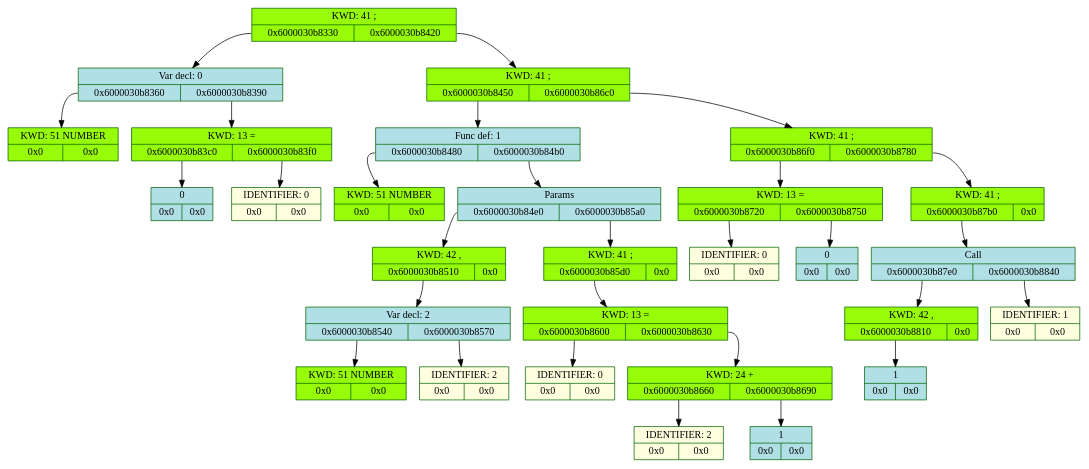
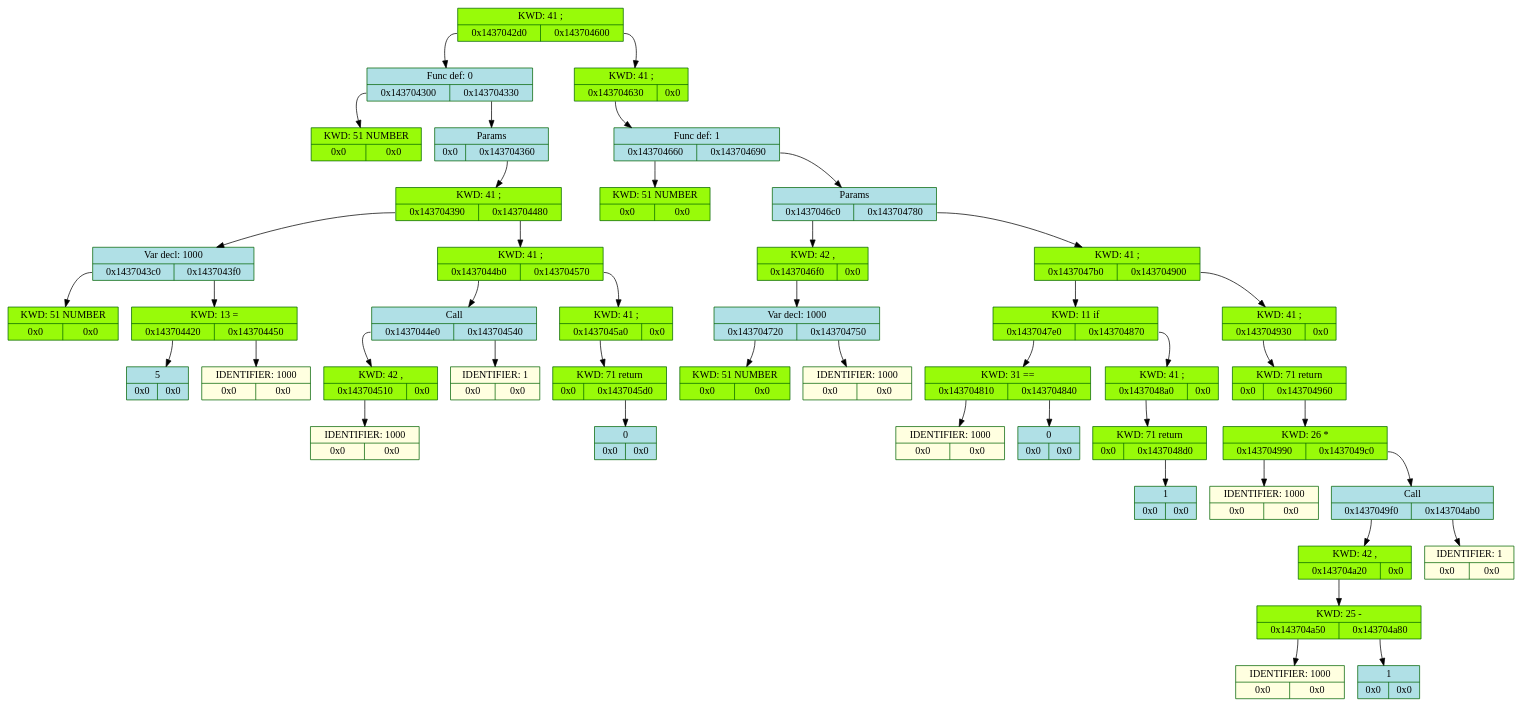
Before and after one commit to whiterno/my_lang: the diagram in backend/log/dump.dot, drawn with Graphviz. The commit also changed 12 other files, not shown here.

```diff
--- a/backend/log/dump.dot
+++ b/backend/log/dump.dot
@@ -1,61 +1,91 @@
 digraph D{
 	rankdir = TB
 
-	node_105553167352576 [color = "darkgreen", style = "filled", shape = "record", fillcolor = "#98FB9" label = "{KWD: 41 ;  | {<fl105553167352576> 0x6000030b8330 | <fr105553167352576> 0x6000030b8420}}"]
-	node_105553167352576: <fl105553167352576> -> node_105553167352624 [color = "black", arrowhead = "normal", label = ""]
-	node_105553167352624 [color = "darkgreen", style = "filled", shape = "record", fillcolor = "#B0E0E6" label = "{Var decl: 0 | {<fl105553167352624> 0x6000030b8360 | <fr105553167352624> 0x6000030b8390}}"]
-	node_105553167352624: <fl105553167352624> -> node_105553167352672 [color = "black", arrowhead = "normal", label = ""]
-	node_105553167352672 [color = "darkgreen", style = "filled", shape = "record", fillcolor = "#98FB9" label = "{KWD: 51 NUMBER  | {<fl105553167352672> 0x0 | <fr105553167352672> 0x0}}"]
-	node_105553167352624: <fr105553167352624> -> node_105553167352720 [color = "black", arrowhead = "normal", label = ""]
-	node_105553167352720 [color = "darkgreen", style = "filled", shape = "record", fillcolor = "#98FB9" label = "{KWD: 13 =  | {<fl105553167352720> 0x6000030b83c0 | <fr105553167352720> 0x6000030b83f0}}"]
-	node_105553167352720: <fl105553167352720> -> node_105553167352768 [color = "black", arrowhead = "normal", label = ""]
-	node_105553167352768 [color = "darkgreen", style = "filled", shape = "record", fillcolor = "#B0E0E6" label = "{0  | {<fl105553167352768> 0x0 | <fr105553167352768> 0x0}}"]
-	node_105553167352720: <fr105553167352720> -> node_105553167352816 [color = "black", arrowhead = "normal", label = ""]
-	node_105553167352816 [color = "darkgreen", style = "filled", shape = "record", fillcolor = "#FFFFE0" label = "{IDENTIFIER: 0 | {<fl105553167352816> 0x0 | <fr105553167352816> 0x0}}"]
-	node_105553167352576: <fr105553167352576> -> node_105553167352864 [color = "black", arrowhead = "normal", label = ""]
-	node_105553167352864 [color = "darkgreen", style = "filled", shape = "record", fillcolor = "#98FB9" label = "{KWD: 41 ;  | {<fl105553167352864> 0x6000030b8450 | <fr105553167352864> 0x6000030b86c0}}"]
-	node_105553167352864: <fl105553167352864> -> node_105553167352912 [color = "black", arrowhead = "normal", label = ""]
-	node_105553167352912 [color = "darkgreen", style = "filled", shape = "record", fillcolor = "#B0E0E6" label = "{Func def: 1  | {<fl105553167352912> 0x6000030b8480 | <fr105553167352912> 0x6000030b84b0}}"]
-	node_105553167352912: <fl105553167352912> -> node_105553167352960 [color = "black", arrowhead = "normal", label = ""]
-	node_105553167352960 [color = "darkgreen", style = "filled", shape = "record", fillcolor = "#98FB9" label = "{KWD: 51 NUMBER  | {<fl105553167352960> 0x0 | <fr105553167352960> 0x0}}"]
-	node_105553167352912: <fr105553167352912> -> node_105553167353008 [color = "black", arrowhead = "normal", label = ""]
-	node_105553167353008 [color = "darkgreen", style = "filled", shape = "record", fillcolor = "#B0E0E6" label = "{Params  | {<fl105553167353008> 0x6000030b84e0 | <fr105553167353008> 0x6000030b85a0}}"]
-	node_105553167353008: <fl105553167353008> -> node_105553167353056 [color = "black", arrowhead = "normal", label = ""]
-	node_105553167353056 [color = "darkgreen", style = "filled", shape = "record", fillcolor = "#98FB9" label = "{KWD: 42 ,  | {<fl105553167353056> 0x6000030b8510 | <fr105553167353056> 0x0}}"]
-	node_105553167353056: <fl105553167353056> -> node_105553167353104 [color = "black", arrowhead = "normal", label = ""]
-	node_105553167353104 [color = "darkgreen", style = "filled", shape = "record", fillcolor = "#B0E0E6" label = "{Var decl: 2 | {<fl105553167353104> 0x6000030b8540 | <fr105553167353104> 0x6000030b8570}}"]
-	node_105553167353104: <fl105553167353104> -> node_105553167353152 [color = "black", arrowhead = "normal", label = ""]
-	node_105553167353152 [color = "darkgreen", style = "filled", shape = "record", fillcolor = "#98FB9" label = "{KWD: 51 NUMBER  | {<fl105553167353152> 0x0 | <fr105553167353152> 0x0}}"]
-	node_105553167353104: <fr105553167353104> -> node_105553167353200 [color = "black", arrowhead = "normal", label = ""]
-	node_105553167353200 [color = "darkgreen", style = "filled", shape = "record", fillcolor = "#FFFFE0" label = "{IDENTIFIER: 2 | {<fl105553167353200> 0x0 | <fr105553167353200> 0x0}}"]
-	node_105553167353008: <fr105553167353008> -> node_105553167353248 [color = "black", arrowhead = "normal", label = ""]
-	node_105553167353248 [color = "darkgreen", style = "filled", shape = "record", fillcolor = "#98FB9" label = "{KWD: 41 ;  | {<fl105553167353248> 0x6000030b85d0 | <fr105553167353248> 0x0}}"]
-	node_105553167353248: <fl105553167353248> -> node_105553167353296 [color = "black", arrowhead = "normal", label = ""]
-	node_105553167353296 [color = "darkgreen", style = "filled", shape = "record", fillcolor = "#98FB9" label = "{KWD: 13 =  | {<fl105553167353296> 0x6000030b8600 | <fr105553167353296> 0x6000030b8630}}"]
-	node_105553167353296: <fl105553167353296> -> node_105553167353344 [color = "black", arrowhead = "normal", label = ""]
-	node_105553167353344 [color = "darkgreen", style = "filled", shape = "record", fillcolor = "#FFFFE0" label = "{IDENTIFIER: 0 | {<fl105553167353344> 0x0 | <fr105553167353344> 0x0}}"]
-	node_105553167353296: <fr105553167353296> -> node_105553167353392 [color = "black", arrowhead = "normal", label = ""]
-	node_105553167353392 [color = "darkgreen", style = "filled", shape = "record", fillcolor = "#98FB9" label = "{KWD: 24 +  | {<fl105553167353392> 0x6000030b8660 | <fr105553167353392> 0x6000030b8690}}"]
-	node_105553167353392: <fl105553167353392> -> node_105553167353440 [color = "black", arrowhead = "normal", label = ""]
-	node_105553167353440 [color = "darkgreen", style = "filled", shape = "record", fillcolor = "#FFFFE0" label = "{IDENTIFIER: 2 | {<fl105553167353440> 0x0 | <fr105553167353440> 0x0}}"]
-	node_105553167353392: <fr105553167353392> -> node_105553167353488 [color = "black", arrowhead = "normal", label = ""]
-	node_105553167353488 [color = "darkgreen", style = "filled", shape = "record", fillcolor = "#B0E0E6" label = "{1  | {<fl105553167353488> 0x0 | <fr105553167353488> 0x0}}"]
-	node_105553167352864: <fr105553167352864> -> node_105553167353536 [color = "black", arrowhead = "normal", label = ""]
-	node_105553167353536 [color = "darkgreen", style = "filled", shape = "record", fillcolor = "#98FB9" label = "{KWD: 41 ;  | {<fl105553167353536> 0x6000030b86f0 | <fr105553167353536> 0x6000030b8780}}"]
-	node_105553167353536: <fl105553167353536> -> node_105553167353584 [color = "black", arrowhead = "normal", label = ""]
-	node_105553167353584 [color = "darkgreen", style = "filled", shape = "record", fillcolor = "#98FB9" label = "{KWD: 13 =  | {<fl105553167353584> 0x6000030b8720 | <fr105553167353584> 0x6000030b8750}}"]
-	node_105553167353584: <fl105553167353584> -> node_105553167353632 [color = "black", arrowhead = "normal", label = ""]
-	node_105553167353632 [color = "darkgreen", style = "filled", shape = "record", fillcolor = "#FFFFE0" label = "{IDENTIFIER: 0 | {<fl105553167353632> 0x0 | <fr105553167353632> 0x0}}"]
-	node_105553167353584: <fr105553167353584> -> node_105553167353680 [color = "black", arrowhead = "normal", label = ""]
-	node_105553167353680 [color = "darkgreen", style = "filled", shape = "record", fillcolor = "#B0E0E6" label = "{0  | {<fl105553167353680> 0x0 | <fr105553167353680> 0x0}}"]
-	node_105553167353536: <fr105553167353536> -> node_105553167353728 [color = "black", arrowhead = "normal", label = ""]
-	node_105553167353728 [color = "darkgreen", style = "filled", shape = "record", fillcolor = "#98FB9" label = "{KWD: 41 ;  | {<fl105553167353728> 0x6000030b87b0 | <fr105553167353728> 0x0}}"]
-	node_105553167353728: <fl105553167353728> -> node_105553167353776 [color = "black", arrowhead = "normal", label = ""]
-	node_105553167353776 [color = "darkgreen", style = "filled", shape = "record", fillcolor = "#B0E0E6" label = "{Call  | {<fl105553167353776> 0x6000030b87e0 | <fr105553167353776> 0x6000030b8840}}"]
-	node_105553167353776: <fl105553167353776> -> node_105553167353824 [color = "black", arrowhead = "normal", label = ""]
-	node_105553167353824 [color = "darkgreen", style = "filled", shape = "record", fillcolor = "#98FB9" label = "{KWD: 42 ,  | {<fl105553167353824> 0x6000030b8810 | <fr105553167353824> 0x0}}"]
-	node_105553167353824: <fl105553167353824> -> node_105553167353872 [color = "black", arrowhead = "normal", label = ""]
-	node_105553167353872 [color = "darkgreen", style = "filled", shape = "record", fillcolor = "#B0E0E6" label = "{1  | {<fl105553167353872> 0x0 | <fr105553167353872> 0x0}}"]
-	node_105553167353776: <fr105553167353776> -> node_105553167353920 [color = "black", arrowhead = "normal", label = ""]
-	node_105553167353920 [color = "darkgreen", style = "filled", shape = "record", fillcolor = "#FFFFE0" label = "{IDENTIFIER: 1 | {<fl105553167353920> 0x0 | <fr105553167353920> 0x0}}"]
+	node_5426397856 [color = "darkgreen", style = "filled", shape = "record", fillcolor = "#98FB9" label = "{KWD: 41 ;  | {<fl5426397856> 0x1437042d0 | <fr5426397856> 0x143704600}}"]
+	node_5426397856: <fl5426397856> -> node_5426397904 [color = "black", arrowhead = "normal", label = ""]
+	node_5426397904 [color = "darkgreen", style = "filled", shape = "record", fillcolor = "#B0E0E6" label = "{Func def: 0  | {<fl5426397904> 0x143704300 | <fr5426397904> 0x143704330}}"]
+	node_5426397904: <fl5426397904> -> node_5426397952 [color = "black", arrowhead = "normal", label = ""]
+	node_5426397952 [color = "darkgreen", style = "filled", shape = "record", fillcolor = "#98FB9" label = "{KWD: 51 NUMBER  | {<fl5426397952> 0x0 | <fr5426397952> 0x0}}"]
+	node_5426397904: <fr5426397904> -> node_5426398000 [color = "black", arrowhead = "normal", label = ""]
+	node_5426398000 [color = "darkgreen", style = "filled", shape = "record", fillcolor = "#B0E0E6" label = "{Params  | {<fl5426398000> 0x0 | <fr5426398000> 0x143704360}}"]
+	node_5426398000: <fr5426398000> -> node_5426398048 [color = "black", arrowhead = "normal", label = ""]
+	node_5426398048 [color = "darkgreen", style = "filled", shape = "record", fillcolor = "#98FB9" label = "{KWD: 41 ;  | {<fl5426398048> 0x143704390 | <fr5426398048> 0x143704480}}"]
+	node_5426398048: <fl5426398048> -> node_5426398096 [color = "black", arrowhead = "normal", label = ""]
+	node_5426398096 [color = "darkgreen", style = "filled", shape = "record", fillcolor = "#B0E0E6" label = "{Var decl: 1000 | {<fl5426398096> 0x1437043c0 | <fr5426398096> 0x1437043f0}}"]
+	node_5426398096: <fl5426398096> -> node_5426398144 [color = "black", arrowhead = "normal", label = ""]
+	node_5426398144 [color = "darkgreen", style = "filled", shape = "record", fillcolor = "#98FB9" label = "{KWD: 51 NUMBER  | {<fl5426398144> 0x0 | <fr5426398144> 0x0}}"]
+	node_5426398096: <fr5426398096> -> node_5426398192 [color = "black", arrowhead = "normal", label = ""]
+	node_5426398192 [color = "darkgreen", style = "filled", shape = "record", fillcolor = "#98FB9" label = "{KWD: 13 =  | {<fl5426398192> 0x143704420 | <fr5426398192> 0x143704450}}"]
+	node_5426398192: <fl5426398192> -> node_5426398240 [color = "black", arrowhead = "normal", label = ""]
+	node_5426398240 [color = "darkgreen", style = "filled", shape = "record", fillcolor = "#B0E0E6" label = "{5  | {<fl5426398240> 0x0 | <fr5426398240> 0x0}}"]
+	node_5426398192: <fr5426398192> -> node_5426398288 [color = "black", arrowhead = "normal", label = ""]
+	node_5426398288 [color = "darkgreen", style = "filled", shape = "record", fillcolor = "#FFFFE0" label = "{IDENTIFIER: 1000 | {<fl5426398288> 0x0 | <fr5426398288> 0x0}}"]
+	node_5426398048: <fr5426398048> -> node_5426398336 [color = "black", arrowhead = "normal", label = ""]
+	node_5426398336 [color = "darkgreen", style = "filled", shape = "record", fillcolor = "#98FB9" label = "{KWD: 41 ;  | {<fl5426398336> 0x1437044b0 | <fr5426398336> 0x143704570}}"]
+	node_5426398336: <fl5426398336> -> node_5426398384 [color = "black", arrowhead = "normal", label = ""]
+	node_5426398384 [color = "darkgreen", style = "filled", shape = "record", fillcolor = "#B0E0E6" label = "{Call  | {<fl5426398384> 0x1437044e0 | <fr5426398384> 0x143704540}}"]
+	node_5426398384: <fl5426398384> -> node_5426398432 [color = "black", arrowhead = "normal", label = ""]
+	node_5426398432 [color = "darkgreen", style = "filled", shape = "record", fillcolor = "#98FB9" label = "{KWD: 42 ,  | {<fl5426398432> 0x143704510 | <fr5426398432> 0x0}}"]
+	node_5426398432: <fl5426398432> -> node_5426398480 [color = "black", arrowhead = "normal", label = ""]
+	node_5426398480 [color = "darkgreen", style = "filled", shape = "record", fillcolor = "#FFFFE0" label = "{IDENTIFIER: 1000 | {<fl5426398480> 0x0 | <fr5426398480> 0x0}}"]
+	node_5426398384: <fr5426398384> -> node_5426398528 [color = "black", arrowhead = "normal", label = ""]
+	node_5426398528 [color = "darkgreen", style = "filled", shape = "record", fillcolor = "#FFFFE0" label = "{IDENTIFIER: 1 | {<fl5426398528> 0x0 | <fr5426398528> 0x0}}"]
+	node_5426398336: <fr5426398336> -> node_5426398576 [color = "black", arrowhead = "normal", label = ""]
+	node_5426398576 [color = "darkgreen", style = "filled", shape = "record", fillcolor = "#98FB9" label = "{KWD: 41 ;  | {<fl5426398576> 0x1437045a0 | <fr5426398576> 0x0}}"]
+	node_5426398576: <fl5426398576> -> node_5426398624 [color = "black", arrowhead = "normal", label = ""]
+	node_5426398624 [color = "darkgreen", style = "filled", shape = "record", fillcolor = "#98FB9" label = "{KWD: 71 return  | {<fl5426398624> 0x0 | <fr5426398624> 0x1437045d0}}"]
+	node_5426398624: <fr5426398624> -> node_5426398672 [color = "black", arrowhead = "normal", label = ""]
+	node_5426398672 [color = "darkgreen", style = "filled", shape = "record", fillcolor = "#B0E0E6" label = "{0  | {<fl5426398672> 0x0 | <fr5426398672> 0x0}}"]
+	node_5426397856: <fr5426397856> -> node_5426398720 [color = "black", arrowhead = "normal", label = ""]
+	node_5426398720 [color = "darkgreen", style = "filled", shape = "record", fillcolor = "#98FB9" label = "{KWD: 41 ;  | {<fl5426398720> 0x143704630 | <fr5426398720> 0x0}}"]
+	node_5426398720: <fl5426398720> -> node_5426398768 [color = "black", arrowhead = "normal", label = ""]
+	node_5426398768 [color = "darkgreen", style = "filled", shape = "record", fillcolor = "#B0E0E6" label = "{Func def: 1  | {<fl5426398768> 0x143704660 | <fr5426398768> 0x143704690}}"]
+	node_5426398768: <fl5426398768> -> node_5426398816 [color = "black", arrowhead = "normal", label = ""]
+	node_5426398816 [color = "darkgreen", style = "filled", shape = "record", fillcolor = "#98FB9" label = "{KWD: 51 NUMBER  | {<fl5426398816> 0x0 | <fr5426398816> 0x0}}"]
+	node_5426398768: <fr5426398768> -> node_5426398864 [color = "black", arrowhead = "normal", label = ""]
+	node_5426398864 [color = "darkgreen", style = "filled", shape = "record", fillcolor = "#B0E0E6" label = "{Params  | {<fl5426398864> 0x1437046c0 | <fr5426398864> 0x143704780}}"]
+	node_5426398864: <fl5426398864> -> node_5426398912 [color = "black", arrowhead = "normal", label = ""]
+	node_5426398912 [color = "darkgreen", style = "filled", shape = "record", fillcolor = "#98FB9" label = "{KWD: 42 ,  | {<fl5426398912> 0x1437046f0 | <fr5426398912> 0x0}}"]
+	node_5426398912: <fl5426398912> -> node_5426398960 [color = "black", arrowhead = "normal", label = ""]
+	node_5426398960 [color = "darkgreen", style = "filled", shape = "record", fillcolor = "#B0E0E6" label = "{Var decl: 1000 | {<fl5426398960> 0x143704720 | <fr5426398960> 0x143704750}}"]
+	node_5426398960: <fl5426398960> -> node_5426399008 [color = "black", arrowhead = "normal", label = ""]
+	node_5426399008 [color = "darkgreen", style = "filled", shape = "record", fillcolor = "#98FB9" label = "{KWD: 51 NUMBER  | {<fl5426399008> 0x0 | <fr5426399008> 0x0}}"]
+	node_5426398960: <fr5426398960> -> node_5426399056 [color = "black", arrowhead = "normal", label = ""]
+	node_5426399056 [color = "darkgreen", style = "filled", shape = "record", fillcolor = "#FFFFE0" label = "{IDENTIFIER: 1000 | {<fl5426399056> 0x0 | <fr5426399056> 0x0}}"]
+	node_5426398864: <fr5426398864> -> node_5426399104 [color = "black", arrowhead = "normal", label = ""]
+	node_5426399104 [color = "darkgreen", style = "filled", shape = "record", fillcolor = "#98FB9" label = "{KWD: 41 ;  | {<fl5426399104> 0x1437047b0 | <fr5426399104> 0x143704900}}"]
+	node_5426399104: <fl5426399104> -> node_5426399152 [color = "black", arrowhead = "normal", label = ""]
+	node_5426399152 [color = "darkgreen", style = "filled", shape = "record", fillcolor = "#98FB9" label = "{KWD: 11 if  | {<fl5426399152> 0x1437047e0 | <fr5426399152> 0x143704870}}"]
+	node_5426399152: <fl5426399152> -> node_5426399200 [color = "black", arrowhead = "normal", label = ""]
+	node_5426399200 [color = "darkgreen", style = "filled", shape = "record", fillcolor = "#98FB9" label = "{KWD: 31 ==  | {<fl5426399200> 0x143704810 | <fr5426399200> 0x143704840}}"]
+	node_5426399200: <fl5426399200> -> node_5426399248 [color = "black", arrowhead = "normal", label = ""]
+	node_5426399248 [color = "darkgreen", style = "filled", shape = "record", fillcolor = "#FFFFE0" label = "{IDENTIFIER: 1000 | {<fl5426399248> 0x0 | <fr5426399248> 0x0}}"]
+	node_5426399200: <fr5426399200> -> node_5426399296 [color = "black", arrowhead = "normal", label = ""]
+	node_5426399296 [color = "darkgreen", style = "filled", shape = "record", fillcolor = "#B0E0E6" label = "{0  | {<fl5426399296> 0x0 | <fr5426399296> 0x0}}"]
+	node_5426399152: <fr5426399152> -> node_5426399344 [color = "black", arrowhead = "normal", label = ""]
+	node_5426399344 [color = "darkgreen", style = "filled", shape = "record", fillcolor = "#98FB9" label = "{KWD: 41 ;  | {<fl5426399344> 0x1437048a0 | <fr5426399344> 0x0}}"]
+	node_5426399344: <fl5426399344> -> node_5426399392 [color = "black", arrowhead = "normal", label = ""]
+	node_5426399392 [color = "darkgreen", style = "filled", shape = "record", fillcolor = "#98FB9" label = "{KWD: 71 return  | {<fl5426399392> 0x0 | <fr5426399392> 0x1437048d0}}"]
+	node_5426399392: <fr5426399392> -> node_5426399440 [color = "black", arrowhead = "normal", label = ""]
+	node_5426399440 [color = "darkgreen", style = "filled", shape = "record", fillcolor = "#B0E0E6" label = "{1  | {<fl5426399440> 0x0 | <fr5426399440> 0x0}}"]
+	node_5426399104: <fr5426399104> -> node_5426399488 [color = "black", arrowhead = "normal", label = ""]
+	node_5426399488 [color = "darkgreen", style = "filled", shape = "record", fillcolor = "#98FB9" label = "{KWD: 41 ;  | {<fl5426399488> 0x143704930 | <fr5426399488> 0x0}}"]
+	node_5426399488: <fl5426399488> -> node_5426399536 [color = "black", arrowhead = "normal", label = ""]
+	node_5426399536 [color = "darkgreen", style = "filled", shape = "record", fillcolor = "#98FB9" label = "{KWD: 71 return  | {<fl5426399536> 0x0 | <fr5426399536> 0x143704960}}"]
+	node_5426399536: <fr5426399536> -> node_5426399584 [color = "black", arrowhead = "normal", label = ""]
+	node_5426399584 [color = "darkgreen", style = "filled", shape = "record", fillcolor = "#98FB9" label = "{KWD: 26 *  | {<fl5426399584> 0x143704990 | <fr5426399584> 0x1437049c0}}"]
+	node_5426399584: <fl5426399584> -> node_5426399632 [color = "black", arrowhead = "normal", label = ""]
+	node_5426399632 [color = "darkgreen", style = "filled", shape = "record", fillcolor = "#FFFFE0" label = "{IDENTIFIER: 1000 | {<fl5426399632> 0x0 | <fr5426399632> 0x0}}"]
+	node_5426399584: <fr5426399584> -> node_5426399680 [color = "black", arrowhead = "normal", label = ""]
+	node_5426399680 [color = "darkgreen", style = "filled", shape = "record", fillcolor = "#B0E0E6" label = "{Call  | {<fl5426399680> 0x1437049f0 | <fr5426399680> 0x143704ab0}}"]
+	node_5426399680: <fl5426399680> -> node_5426399728 [color = "black", arrowhead = "normal", label = ""]
+	node_5426399728 [color = "darkgreen", style = "filled", shape = "record", fillcolor = "#98FB9" label = "{KWD: 42 ,  | {<fl5426399728> 0x143704a20 | <fr5426399728> 0x0}}"]
+	node_5426399728: <fl5426399728> -> node_5426399776 [color = "black", arrowhead = "normal", label = ""]
+	node_5426399776 [color = "darkgreen", style = "filled", shape = "record", fillcolor = "#98FB9" label = "{KWD: 25 -  | {<fl5426399776> 0x143704a50 | <fr5426399776> 0x143704a80}}"]
+	node_5426399776: <fl5426399776> -> node_5426399824 [color = "black", arrowhead = "normal", label = ""]
+	node_5426399824 [color = "darkgreen", style = "filled", shape = "record", fillcolor = "#FFFFE0" label = "{IDENTIFIER: 1000 | {<fl5426399824> 0x0 | <fr5426399824> 0x0}}"]
+	node_5426399776: <fr5426399776> -> node_5426399872 [color = "black", arrowhead = "normal", label = ""]
+	node_5426399872 [color = "darkgreen", style = "filled", shape = "record", fillcolor = "#B0E0E6" label = "{1  | {<fl5426399872> 0x0 | <fr5426399872> 0x0}}"]
+	node_5426399680: <fr5426399680> -> node_5426399920 [color = "black", arrowhead = "normal", label = ""]
+	node_5426399920 [color = "darkgreen", style = "filled", shape = "record", fillcolor = "#FFFFE0" label = "{IDENTIFIER: 1 | {<fl5426399920> 0x0 | <fr5426399920> 0x0}}"]
 }
```
